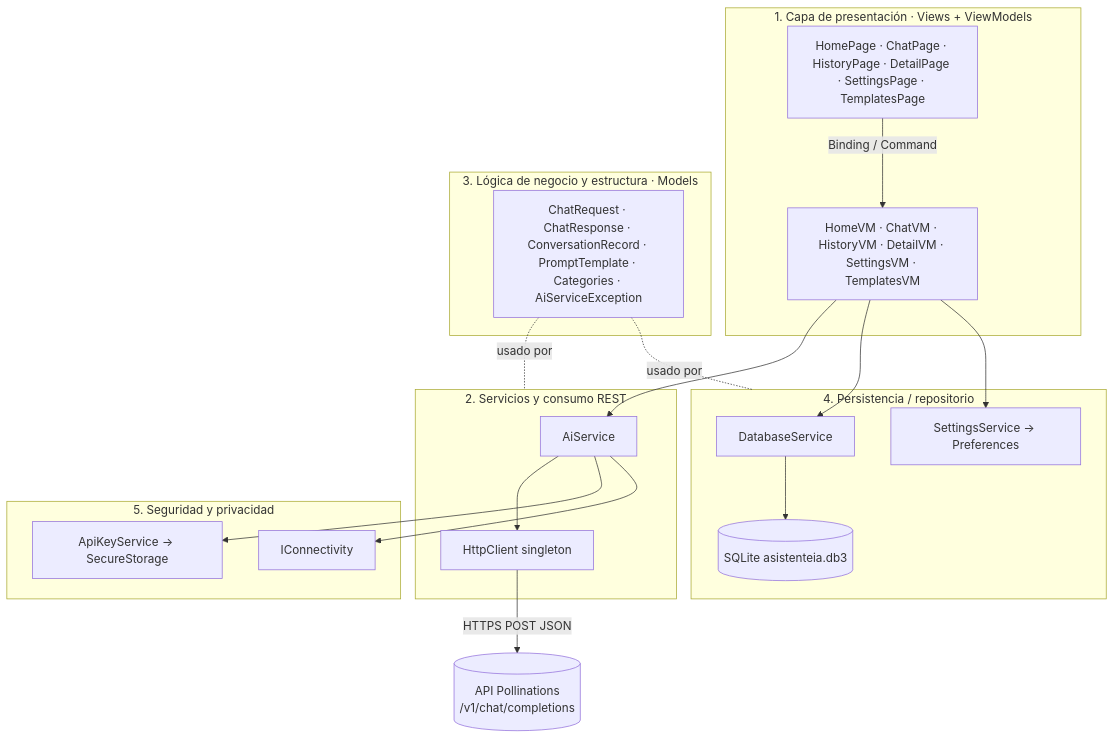
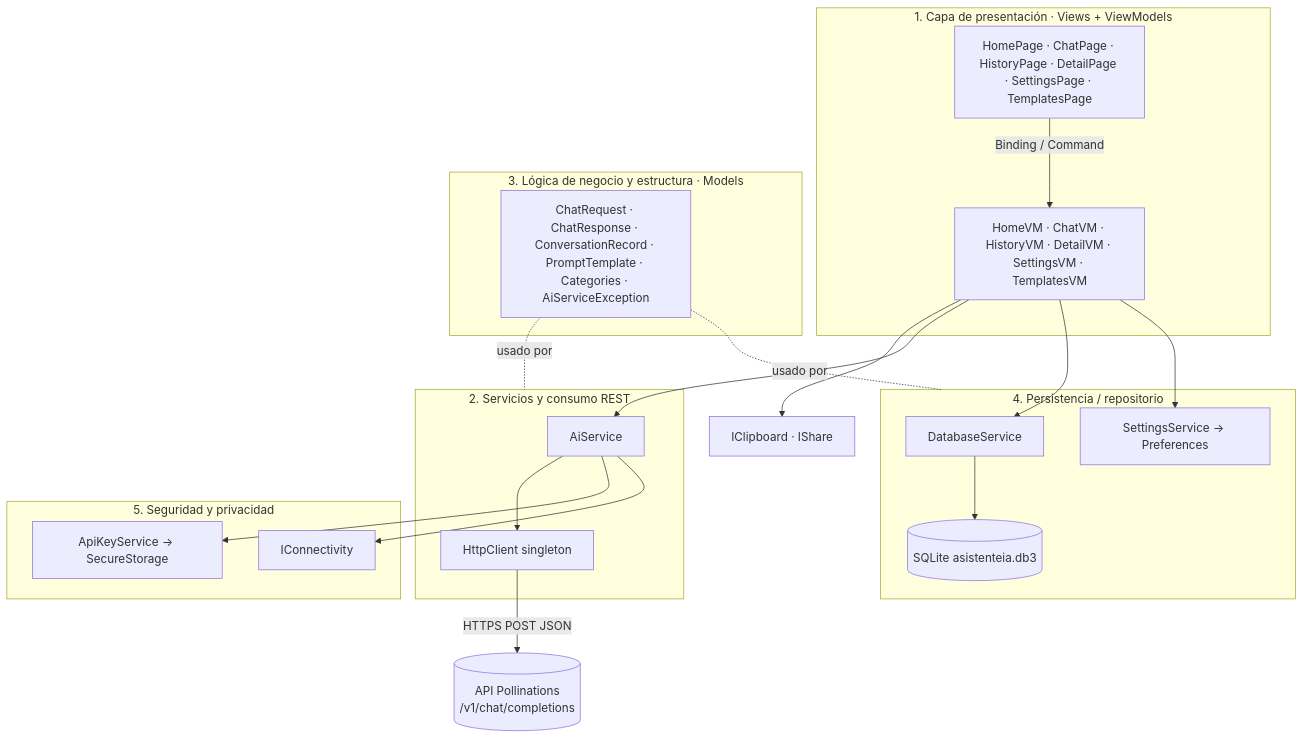
Before and after one commit to Wildermangt/Proyecto-final---Asistente-de-IA-academico: the first of 2 diagrams in docs/02-arquitectura.md, drawn with Mermaid. The commit also changed other lines of this file and 11 other files, not shown here.

````diff
--- a/docs/02-arquitectura.md
+++ b/docs/02-arquitectura.md
@@ -5,34 +5,36 @@
 ```mermaid
 flowchart TB
     subgraph P [1. Capa de presentación · Views + ViewModels]
         V[HomePage · ChatPage · HistoryPage · DetailPage · SettingsPage · TemplatesPage]
         VM[HomeVM · ChatVM · HistoryVM · DetailVM · SettingsVM · TemplatesVM]
         V -- Binding / Command --> VM
     end
     subgraph S [2. Servicios y consumo REST]
         AI[AiService]
         HC[HttpClient singleton]
         AI --> HC
     end
     subgraph L [3. Lógica de negocio y estructura · Models]
         M[ChatRequest · ChatResponse · ConversationRecord · PromptTemplate · Categories · AiServiceException]
     end
     subgraph R [4. Persistencia / repositorio]
         DB[DatabaseService]
         SQL[(SQLite asistenteia.db3)]
         PR[SettingsService → Preferences]
         DB --> SQL
     end
     subgraph SEC [5. Seguridad y privacidad]
         K[ApiKeyService → SecureStorage]
         CN[IConnectivity]
     end
+    PLT[IClipboard · IShare]
+    VM --> PLT
     VM --> AI
     VM --> DB
     VM --> PR
     AI --> K
     AI --> CN
     HC -- HTTPS POST JSON --> API[(API Pollinations\n/v1/chat/completions)]
     M -. usado por .- S
     M -. usado por .- R
 ```
````
